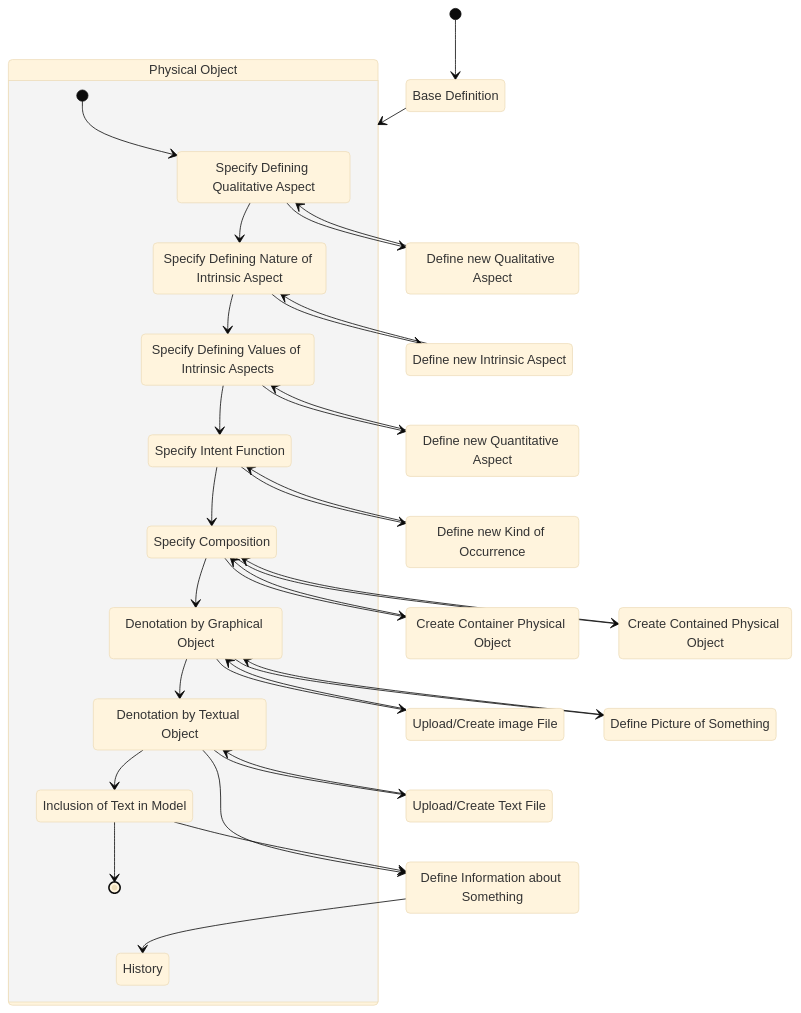
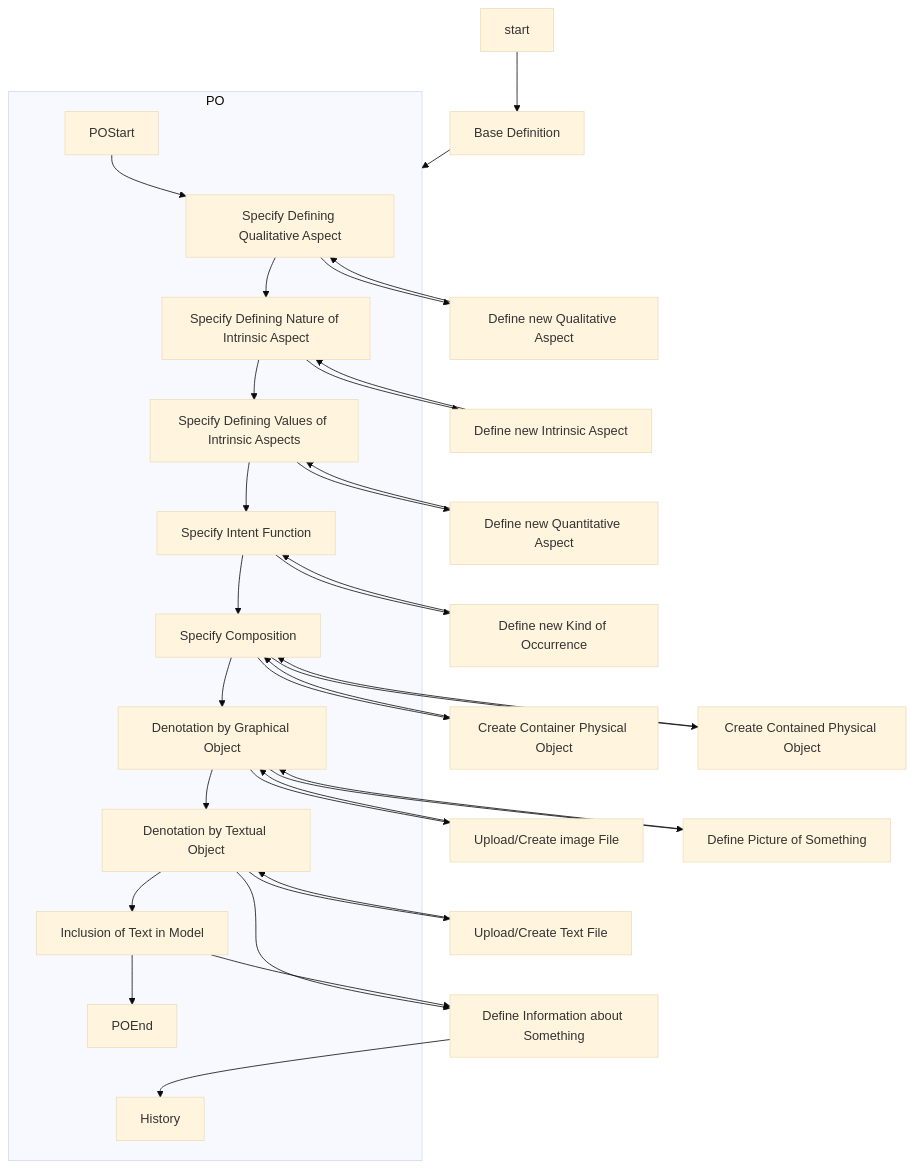
One commit to corpus-relica/corpus-relica.github.io changed the diagram in docs/design/theory/quintessential-modelling/modelling-procedures/physical-object/definition-model.md. Above: the diagram before and after it, drawn with Mermaid (base theme).

Commit message:
use flowchart over state-diagram for interactivity

````diff
--- a/docs/design/theory/quintessential-modelling/modelling-procedures/physical-object/definition-model.md
+++ b/docs/design/theory/quintessential-modelling/modelling-procedures/physical-object/definition-model.md
@@ -3,60 +3,61 @@
 ```mermaid
-stateDiagram-v2
-    BD: Base Definition
-    PO: Physical Object
-    PO.SDQA: Specify Defining Qualitative Aspect 
-    DNQualA: Define new Qualitative Aspect
-    PO.SDNIA: Specify Defining Nature of Intrinsic Aspect
-    DNIntrA: Define new Intrinsic Aspect
-    SDVIA: Specify Defining Values of Intrinsic Aspects
-    DNQuantA: Define new Quantitative Aspect
-    PO.SIF: Specify Intent Function
-    DNKO: Define new Kind of Occurrence
-    PO.SC: Specify Composition
-    CCrPO: Create Container Physical Object
-    CCdPO: Create Contained Physical Object
-    DGO: Denotation by Graphical Object
-    DGO_UCIF: Upload/Create image File
-    DGO_DPS: Define Picture of Something
-    PO.DTO: Denotation by Textual Object
-    DTO_UCTF: Upload/Create Text File
-    DTO_DIS: Define Information about Something
-    PO.ITM: Inclusion of Text in Model
-    PO.H: History
+flowchart TD
+    BD[Base Definition]
+    PO.SDQA[Specify Defining Qualitative Aspect]
+    DNQualA[Define new Qualitative Aspect]
+    PO.SDNIA[Specify Defining Nature of Intrinsic Aspect]
+    DNIntrA[Define new Intrinsic Aspect]
+    SDVIA[Specify Defining Values of Intrinsic Aspects]
+    DNQuantA[Define new Quantitative Aspect]
+    PO.SIF[Specify Intent Function]
+    DNKO[Define new Kind of Occurrence]
+    PO.SC[Specify Composition]
+    CCrPO[Create Container Physical Object]
+    CCdPO[Create Contained Physical Object]
+    DGO[Denotation by Graphical Object]
+    DGO_UCIF[Upload/Create image File]
+    DGO_DPS[Define Picture of Something]
+    PO.DTO[Denotation by Textual Object]
+    DTO_UCTF[Upload/Create Text File]
+    DTO_DIS[Define Information about Something]
+    PO.ITM[Inclusion of Text in Model]
+    PO.H[History]
 
-    [*] --> BD
+    start --> BD
     BD --> PO
-    state PO {
+    subgraph PO
         PO.H
-        [*] --> PO.SDQA
+        POStart --> PO.SDQA
         PO.SDQA --> PO.SDNIA
         PO.SDNIA --> SDVIA
         SDVIA --> PO.SIF
         PO.SIF --> PO.SC
         PO.SC --> DGO
         DGO --> PO.DTO
         PO.DTO --> PO.ITM
-        PO.ITM --> [*]
-    }
+        PO.ITM --> POEnd
+    end
     PO.SDQA --> DNQualA
     DNQualA --> PO.SDQA
     PO.SDNIA --> DNIntrA
     DNIntrA --> PO.SDNIA
     SDVIA --> DNQuantA
     DNQuantA --> SDVIA
     PO.SIF --> DNKO
     DNKO --> PO.SIF
     PO.SC --> CCrPO
     CCrPO --> PO.SC
     PO.SC --> CCdPO
     CCdPO --> PO.SC
     DGO --> DGO_UCIF
     DGO_UCIF --> DGO
     DGO --> DGO_DPS
     DGO_DPS --> DGO
     PO.DTO --> DTO_UCTF
     DTO_UCTF --> PO.DTO
     PO.DTO --> DTO_DIS
     DTO_DIS --> PO.H
     PO.ITM --> DTO_DIS
+
+    click PO.SDQA "https://www.github.com" "This is a tooltip for a link"
 ```
````
